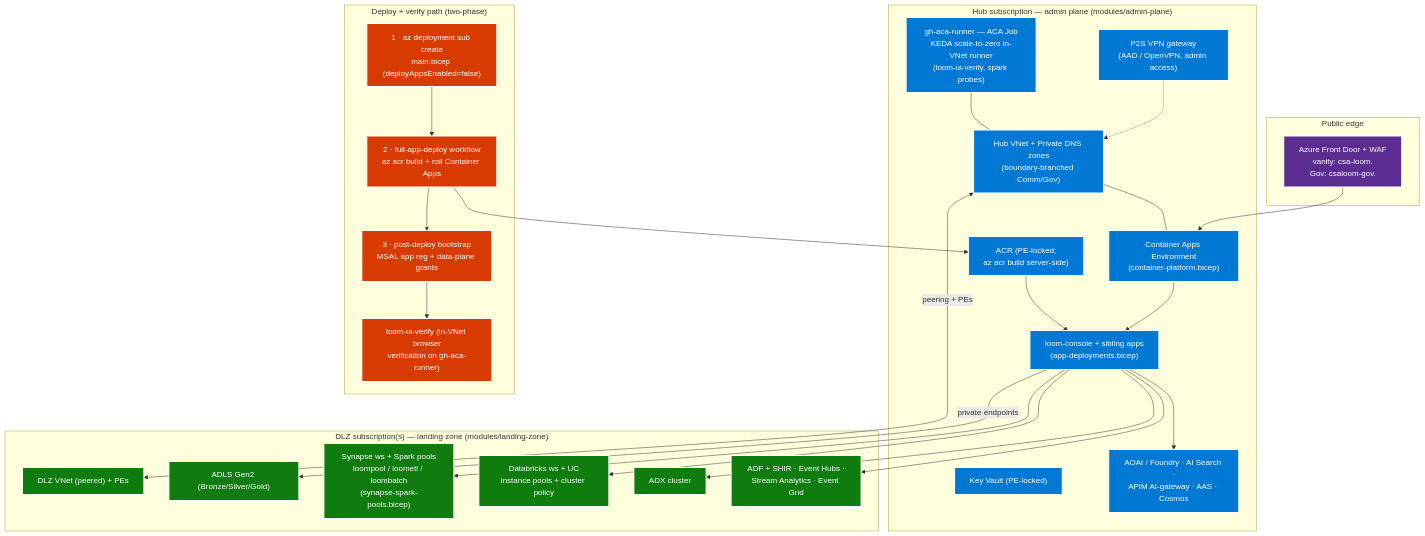
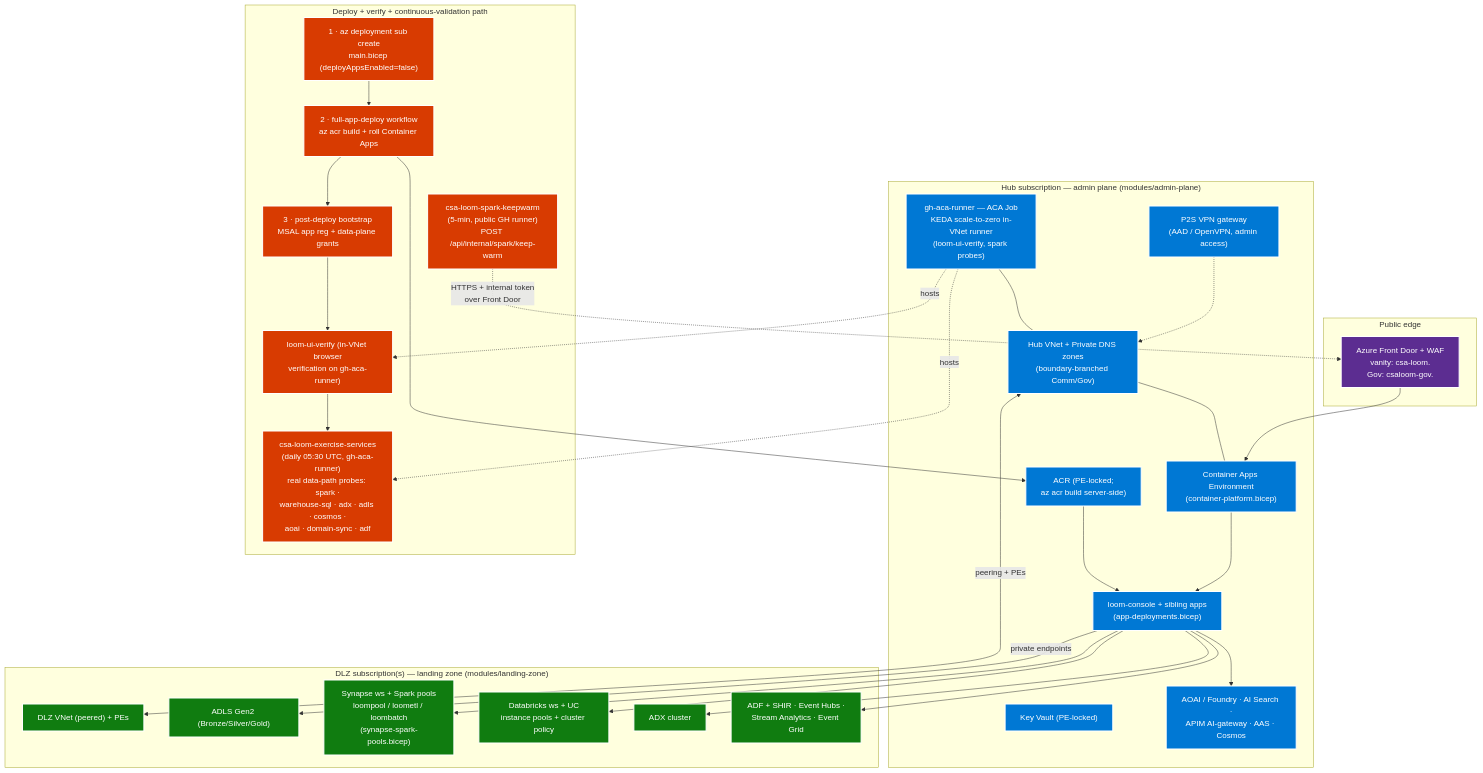
The third of 4 diagrams in docs/fiab/architecture-full-picture.md (fgarofalo56/csa-inabox), drawn with Mermaid before and after one commit. The commit also changed other lines of this file and 1 other file, not shown here.

First line of the commit message:
docs(fiab): refresh full-picture architecture + diagrams (warm-pool, validation, compute tiers, get-data)

````diff
--- a/docs/fiab/architecture-full-picture.md
+++ b/docs/fiab/architecture-full-picture.md
@@ -201,58 +204,64 @@
 ```mermaid
 flowchart TB
     subgraph internet["Public edge"]
         AFD["Azure Front Door + WAF<br/>vanity: csa-loom.<your-domain><br/>Gov: csaloom-gov.<your-domain>"]
     end
 
     subgraph hub["Hub subscription — admin plane (modules/admin-plane)"]
         VNET["Hub VNet + Private DNS zones<br/>(boundary-branched Comm/Gov)"]
         ACAE["Container Apps Environment<br/>(container-platform.bicep)"]
         APPS["loom-console + sibling apps<br/>(app-deployments.bicep)"]
         ACR["ACR (PE-locked;<br/>az acr build server-side)"]
         KV["Key Vault (PE-locked)"]
         RUN["gh-aca-runner — ACA Job<br/>KEDA scale-to-zero in-VNet runner<br/>(loom-ui-verify, spark probes)"]
         VPN["P2S VPN gateway<br/>(AAD / OpenVPN, admin access)"]
         AIH["AOAI / Foundry · AI Search ·<br/>APIM AI-gateway · AAS · Cosmos"]
     end
 
     subgraph dlz["DLZ subscription(s) — landing zone (modules/landing-zone)"]
         DVNET["DLZ VNet (peered) + PEs"]
         LAKE["ADLS Gen2 (Bronze/Silver/Gold)"]
         DSYN["Synapse ws + Spark pools<br/>loompool / loometl / loombatch<br/>(synapse-spark-pools.bicep)"]
         DDBX["Databricks ws + UC<br/>instance pools + cluster policy"]
         DADX["ADX cluster"]
         DINT["ADF + SHIR · Event Hubs ·<br/>Stream Analytics · Event Grid"]
     end
 
-    subgraph ops["Deploy + verify path (two-phase)"]
+    subgraph ops["Deploy + verify + continuous-validation path"]
         BICEP["1 · az deployment sub create<br/>main.bicep (deployAppsEnabled=false)"]
         BUILD["2 · full-app-deploy workflow<br/>az acr build + roll Container Apps"]
         BOOT["3 · post-deploy bootstrap<br/>MSAL app reg + data-plane grants"]
         VERIFY["loom-ui-verify (in-VNet browser<br/>verification on gh-aca-runner)"]
+        EXER["csa-loom-exercise-services<br/>(daily 05:30 UTC, gh-aca-runner)<br/>real data-path probes: spark ·<br/>warehouse-sql · adx · adls · cosmos ·<br/>aoai · domain-sync · adf"]
+        KEEPWARM["csa-loom-spark-keepwarm<br/>(5-min, public GH runner)<br/>POST /api/internal/spark/keep-warm"]
     end
 
     AFD --> ACAE
     VNET --- ACAE
     ACAE --> APPS
     APPS --> AIH
     VNET <-->|"peering + PEs"| DVNET
     APPS -->|"private endpoints"| LAKE
     APPS --> DSYN
     APPS --> DDBX
     APPS --> DADX
     APPS --> DINT
     VPN -.-> VNET
     RUN --- VNET
+    RUN -.->|"hosts"| VERIFY
+    RUN -.->|"hosts"| EXER
     BICEP --> BUILD --> BOOT --> VERIFY
+    VERIFY --> EXER
     BUILD --> ACR
     ACR --> APPS
+    KEEPWARM -.->|"HTTPS + internal token<br/>over Front Door"| AFD
 
     classDef edgeC fill:#5C2D91,stroke:#fff,color:#fff,stroke-width:2px
     classDef hubC fill:#0078D4,stroke:#fff,color:#fff,stroke-width:2px
     classDef dlzC fill:#107C10,stroke:#fff,color:#fff,stroke-width:2px
     classDef opsC fill:#D83B01,stroke:#fff,color:#fff,stroke-width:2px
     class AFD edgeC
     class VNET,ACAE,APPS,ACR,KV,RUN,VPN,AIH hubC
     class DVNET,LAKE,DSYN,DDBX,DADX,DINT dlzC
-    class BICEP,BUILD,BOOT,VERIFY opsC
+    class BICEP,BUILD,BOOT,VERIFY,EXER,KEEPWARM opsC
 ```
````
